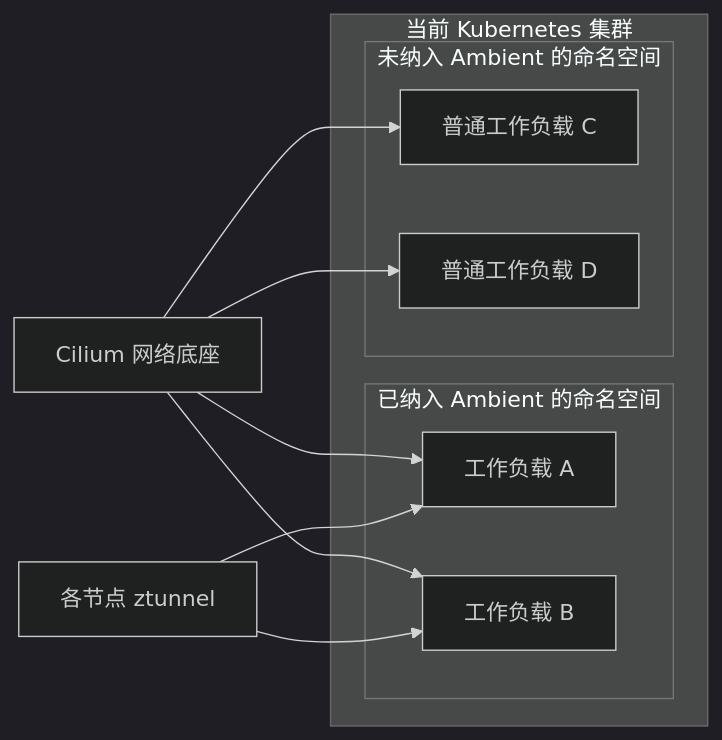
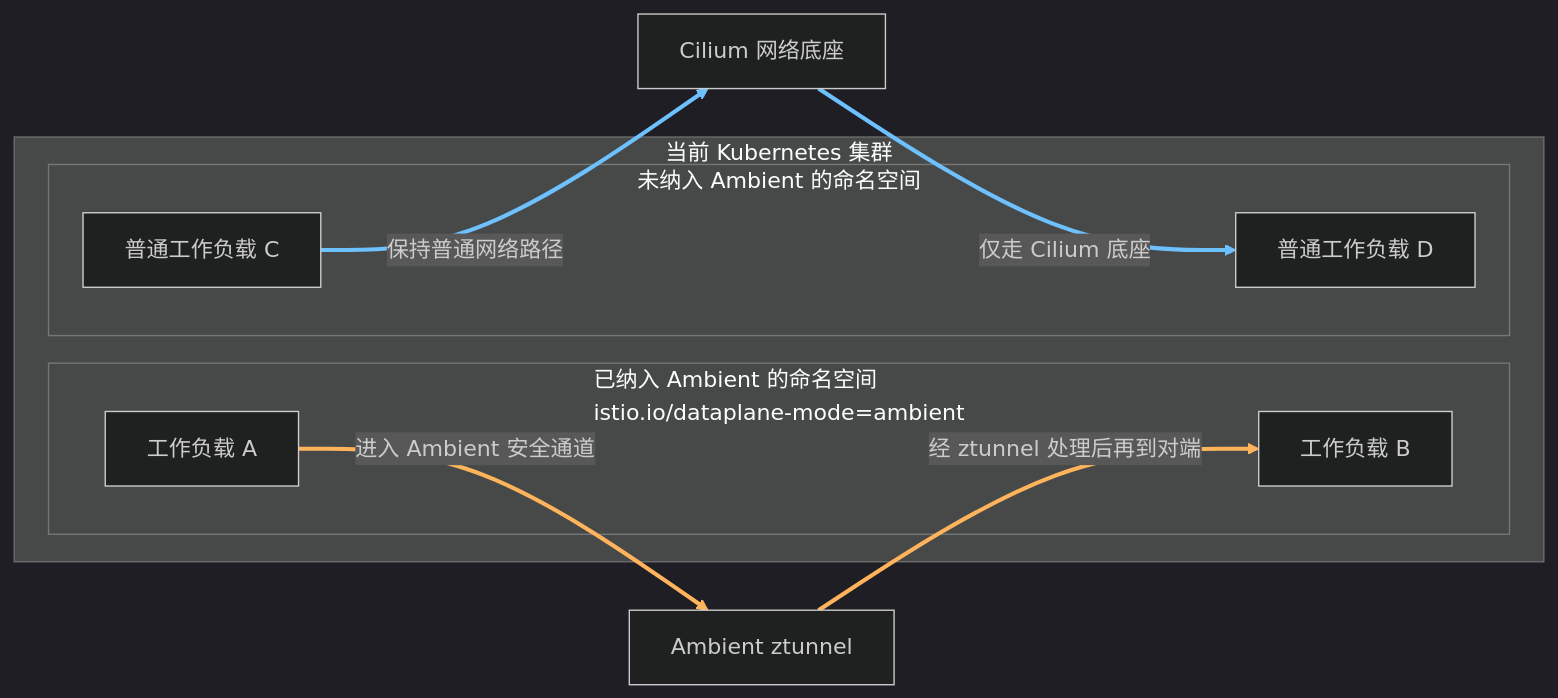
The second of 2 diagrams in k8s/05-security-and-zero-trust/docs/03_install_istio_ambient.md (hwang-protocol/docker_k8s_2026), drawn with Mermaid (dark theme) before and after one commit. The commit also changed other lines of this file and 1 other file, not shown here.

````diff
--- a/k8s/05-security-and-zero-trust/docs/03_install_istio_ambient.md
+++ b/k8s/05-security-and-zero-trust/docs/03_install_istio_ambient.md
@@ -124,22 +149,26 @@
 ```mermaid
 flowchart LR
     subgraph cluster[当前 Kubernetes 集群]
-        subgraph ambientNs[已纳入 Ambient 的命名空间]
+        subgraph ambientNs[已纳入 Ambient 的命名空间<br/>istio.io/dataplane-mode=ambient]
             meshPodA[工作负载 A]
             meshPodB[工作负载 B]
         end
 
         subgraph normalNs[未纳入 Ambient 的命名空间]
             normalPodA[普通工作负载 C]
             normalPodB[普通工作负载 D]
         end
     end
 
-    cilium[Cilium 网络底座] --> meshPodA
-    cilium --> meshPodB
-    cilium --> normalPodA
-    cilium --> normalPodB
+    cilium[Cilium 网络底座]
+    ztunnel[Ambient ztunnel]
 
-    ztunnel[各节点 ztunnel] --> meshPodA
-    ztunnel --> meshPodB
+    meshPodA -->|进入 Ambient 安全通道| ztunnel
+    ztunnel -->|经 ztunnel 处理后再到对端| meshPodB
+
+    normalPodA -->|保持普通网络路径| cilium
+    cilium -->|仅走 Cilium 底座| normalPodB
+
+    linkStyle 0,1 stroke:#ffb45c,stroke-width:3px;
+    linkStyle 2,3 stroke:#6ec1ff,stroke-width:3px;
 ```
````
